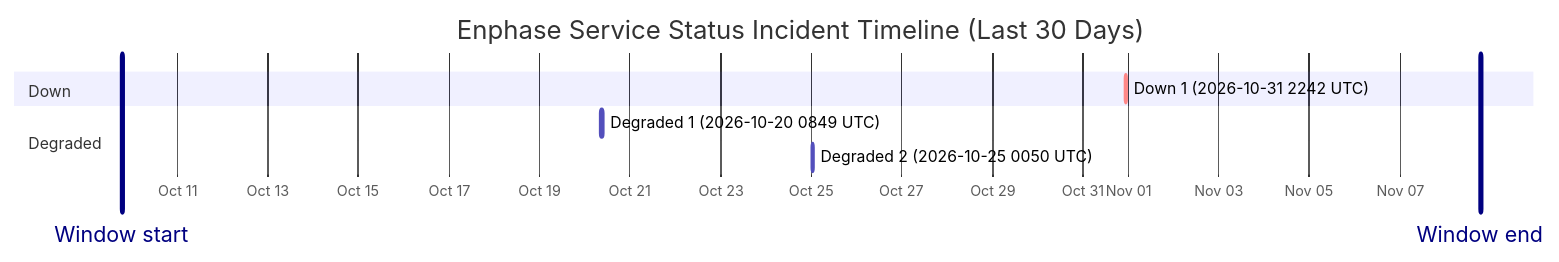
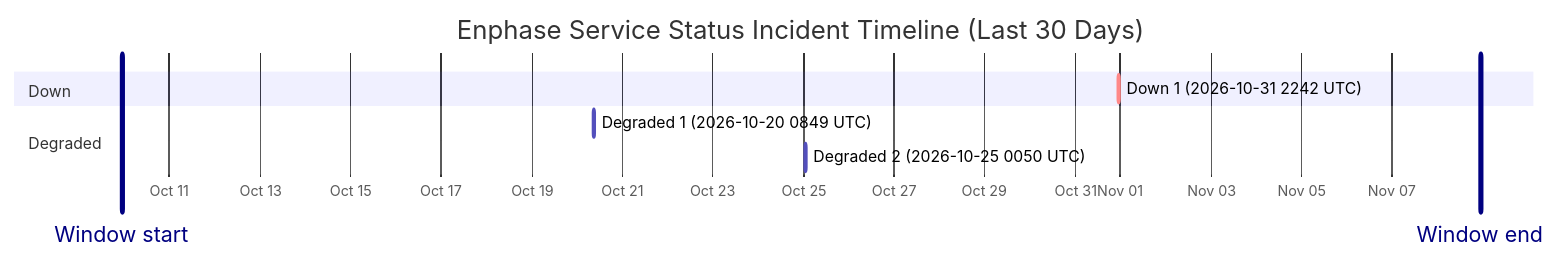
Before and after one commit to barneyonline/ha-enphase-energy: the diagram in wiki/Service-Status-History.md, drawn with Mermaid. The commit also changed other lines of this file and 3 other files, not shown here.

````diff
--- a/wiki/Service-Status-History.md
+++ b/wiki/Service-Status-History.md
@@ -14,13 +14,13 @@
 ```mermaid
 gantt
     title Enphase Service Status Incident Timeline (Last 30 Days)
     dateFormat  YYYY-MM-DDTHH:mm:ss
     axisFormat  %b %d
-    Window start :vert, window-start, 2026-10-09T18:39:18, 0ms
-    Window end :vert, window-end, 2026-11-08T18:39:18, 0ms
+    Window start :vert, window-start, 2026-10-09T22:39:20, 0ms
+    Window end :vert, window-end, 2026-11-08T22:39:20, 0ms
     section Down
     Down 1 (2026-10-31 2242 UTC) :crit, down-1, 2026-10-31T22:42:18, 60m
     section Degraded
     Degraded 1 (2026-10-20 0849 UTC) :active, degraded-1, 2026-10-20T08:49:49, 60m
     Degraded 2 (2026-10-25 0050 UTC) :active, degraded-2, 2026-10-25T00:50:01, 60m
 ```
````
